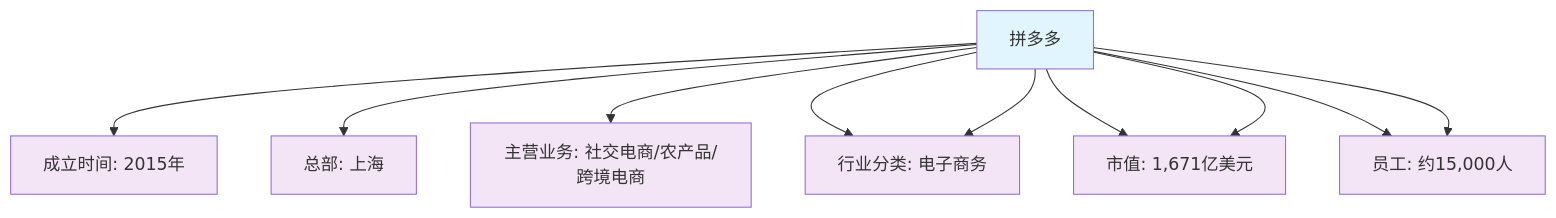
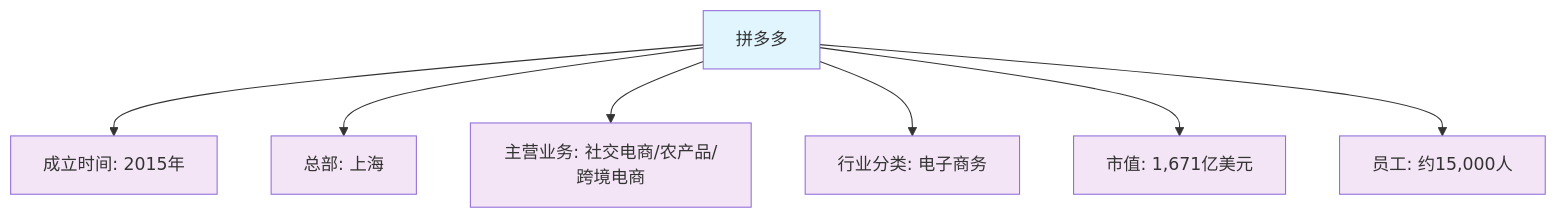
One commit to l-aime/FinSight changed the first of 14 diagrams in report/company_analysis/拼多多分析报告_2025年8月_最新版.md. Above: the diagram before and after it, drawn with Mermaid. The commit also changed other lines of this file, not shown here.

````diff
--- a/report/company_analysis/拼多多分析报告_2025年8月_最新版.md
+++ b/report/company_analysis/拼多多分析报告_2025年8月_最新版.md
@@ -36,25 +36,17 @@
 ```mermaid
 graph TD
     A[拼多多] --> B[成立时间: 2015年]
     A --> C[总部: 上海]
     A --> D[主营业务: 社交电商/农产品/跨境电商]
     A --> E[行业分类: 电子商务]
     A --> F[市值: 1,671亿美元]
     A --> G[员工: 约15,000人]
     
     style A fill:#e1f5fe
     style B fill:#f3e5f5
     style C fill:#f3e5f5
     style D fill:#f3e5f5
-    A --> E[行业分类: 电子商务]
-    A --> F[市值: 1,671亿美元]
-    A --> G[员工: 约15,000人]
-    
-    style A fill:#e1f5fe
-    style B fill:#f3e5f5
-    style C fill:#f3e5f5
-    style D fill:#f3e5f5
     style E fill:#f3e5f5
     style F fill:#f3e5f5
     style G fill:#f3e5f5
 ```
````
